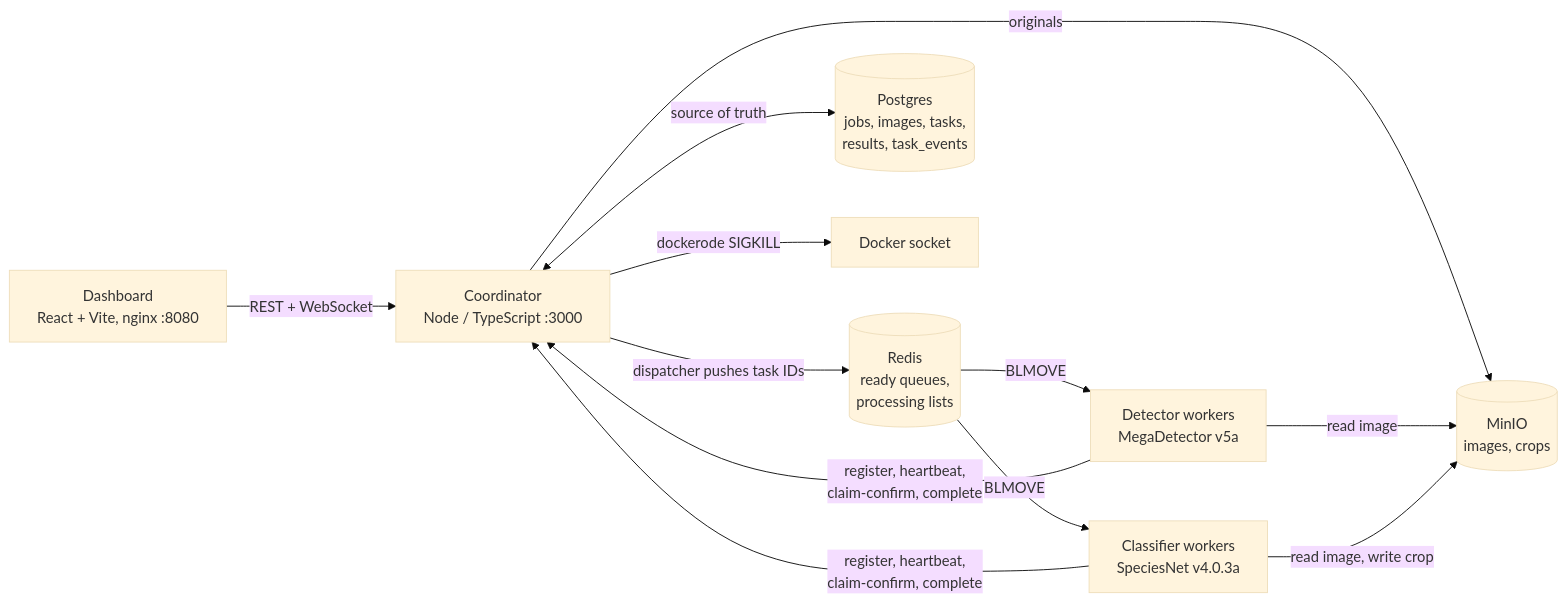
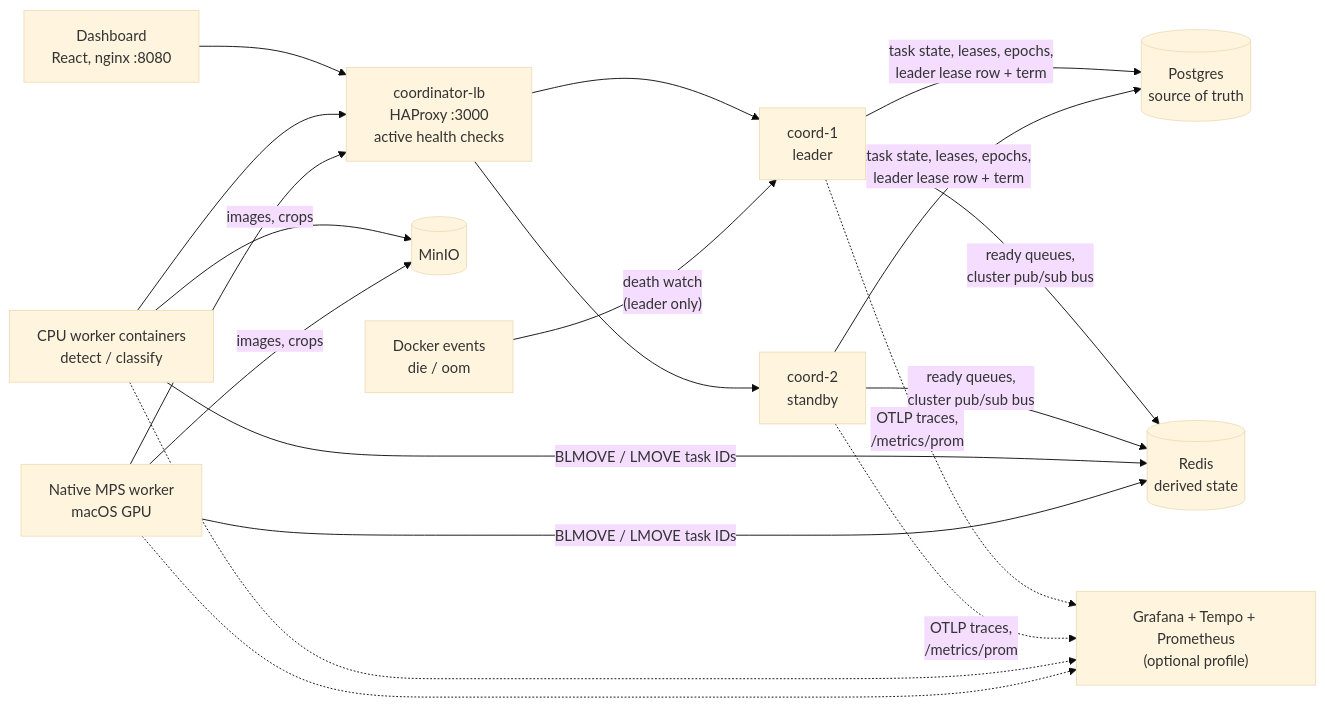
One commit to AnanmayS/wildebeest changed the first of 2 diagrams in README.md. Above: the diagram before and after it, drawn with Mermaid (base theme). The commit also changed other lines of this file and 5 other files, not shown here.

````diff
--- a/README.md
+++ b/README.md
@@ -75,14 +30,15 @@
 ```mermaid
 flowchart LR
-  B["Dashboard<br/>React + Vite, nginx :8080"] -->|"REST + WebSocket"| C["Coordinator<br/>Node / TypeScript :3000"]
-  C -->|"dispatcher pushes task IDs"| R[("Redis<br/>ready queues,<br/>processing lists")]
-  C <-->|"source of truth"| P[("Postgres<br/>jobs, images, tasks,<br/>results, task_events")]
-  C -->|"originals"| M[("MinIO<br/>images, crops")]
-  C -->|"dockerode SIGKILL"| K["Docker socket"]
-  R -->|"BLMOVE"| D["Detector workers<br/>MegaDetector v5a"]
-  R -->|"BLMOVE"| S["Classifier workers<br/>SpeciesNet v4.0.3a"]
-  D -->|"read image"| M
-  S -->|"read image, write crop"| M
-  D -->|"register, heartbeat,<br/>claim-confirm, complete"| C
-  S -->|"register, heartbeat,<br/>claim-confirm, complete"| C
+  UI["Dashboard<br/>React, nginx :8080"] --> LB["coordinator-lb<br/>HAProxy :3000<br/>active health checks"]
+  W1["CPU worker containers<br/>detect / classify"] --> LB
+  W2["Native MPS worker<br/>macOS GPU"] --> LB
+  LB --> C1["coord-1<br/>leader"]
+  LB --> C2["coord-2<br/>standby"]
+  C1 & C2 -->|"task state, leases, epochs,<br/>leader lease row + term"| PG[("Postgres<br/>source of truth")]
+  C1 & C2 -->|"ready queues,<br/>cluster pub/sub bus"| R[("Redis<br/>derived state")]
+  W1 & W2 -->|"BLMOVE / LMOVE task IDs"| R
+  W1 & W2 -->|"images, crops"| M[("MinIO")]
+  D["Docker events<br/>die / oom"] -->|"death watch<br/>(leader only)"| C1
+  C1 & C2 -.->|"OTLP traces,<br/>/metrics/prom"| O["Grafana + Tempo + Prometheus<br/>(optional profile)"]
+  W1 & W2 -.-> O
 ```
````
